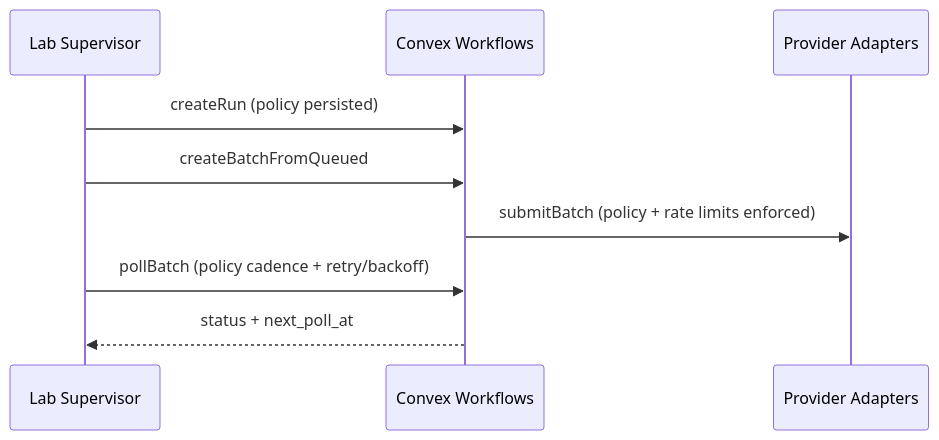
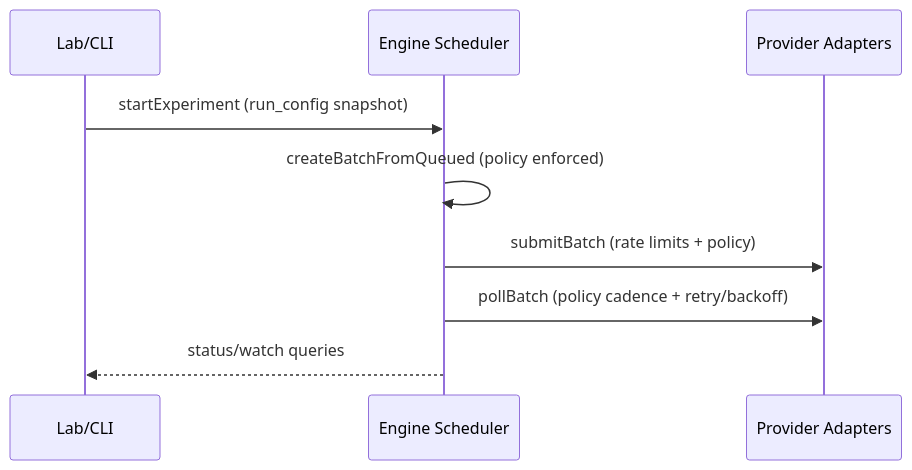
One commit to theonetruejesse/judge-gym changed the third of 3 diagrams in README.md. Above: the diagram before and after it, drawn with Mermaid. The commit also changed other lines of this file, not shown here.

````diff
--- a/README.md
+++ b/README.md
@@ -275,12 +314,12 @@
 ```mermaid
 sequenceDiagram
-  participant Lab as Lab Supervisor
-  participant Convex as Convex Workflows
+  participant Client as Lab/CLI
+  participant Convex as Engine Scheduler
   participant Providers as Provider Adapters
 
-  Lab->>Convex: createRun (policy persisted)
-  Lab->>Convex: createBatchFromQueued
-  Convex->>Providers: submitBatch (policy + rate limits enforced)
-  Lab->>Convex: pollBatch (policy cadence + retry/backoff)
-  Convex-->>Lab: status + next_poll_at
+  Client->>Convex: startExperiment (run_config snapshot)
+  Convex->>Convex: createBatchFromQueued (policy enforced)
+  Convex->>Providers: submitBatch (rate limits + policy)
+  Convex->>Providers: pollBatch (policy cadence + retry/backoff)
+  Convex-->>Client: status/watch queries
 ```
````
